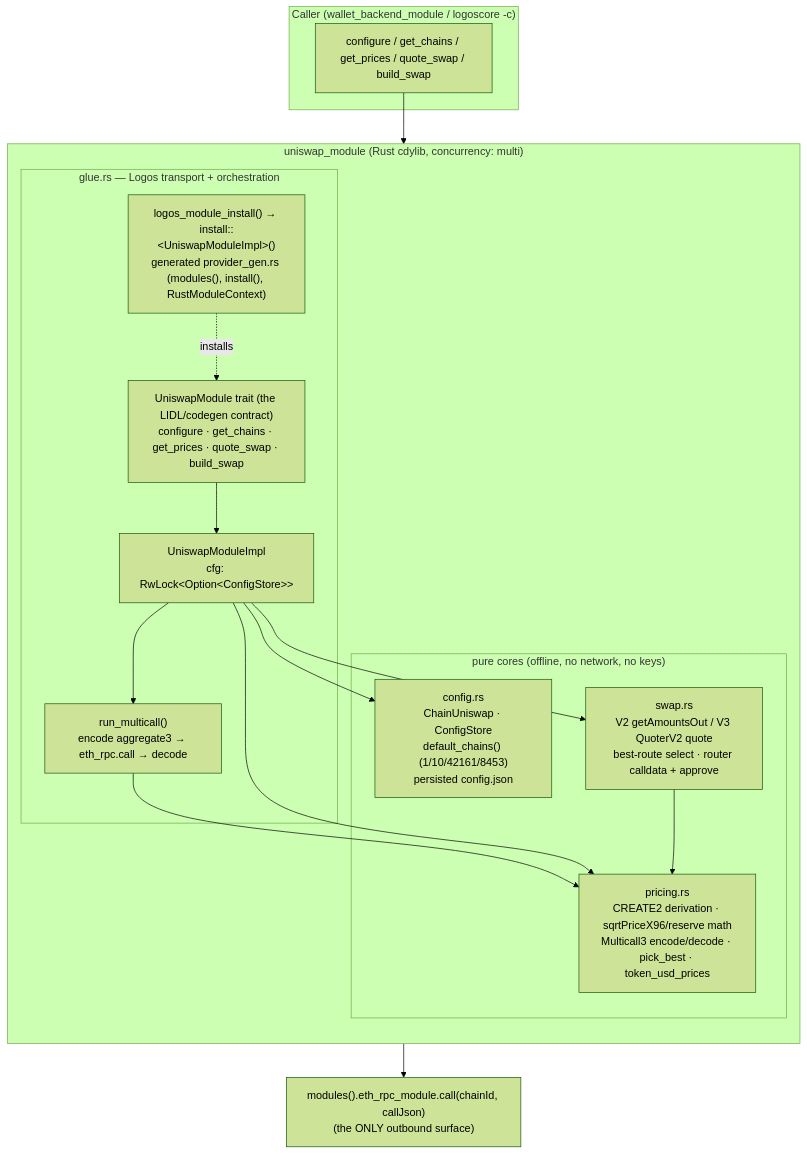
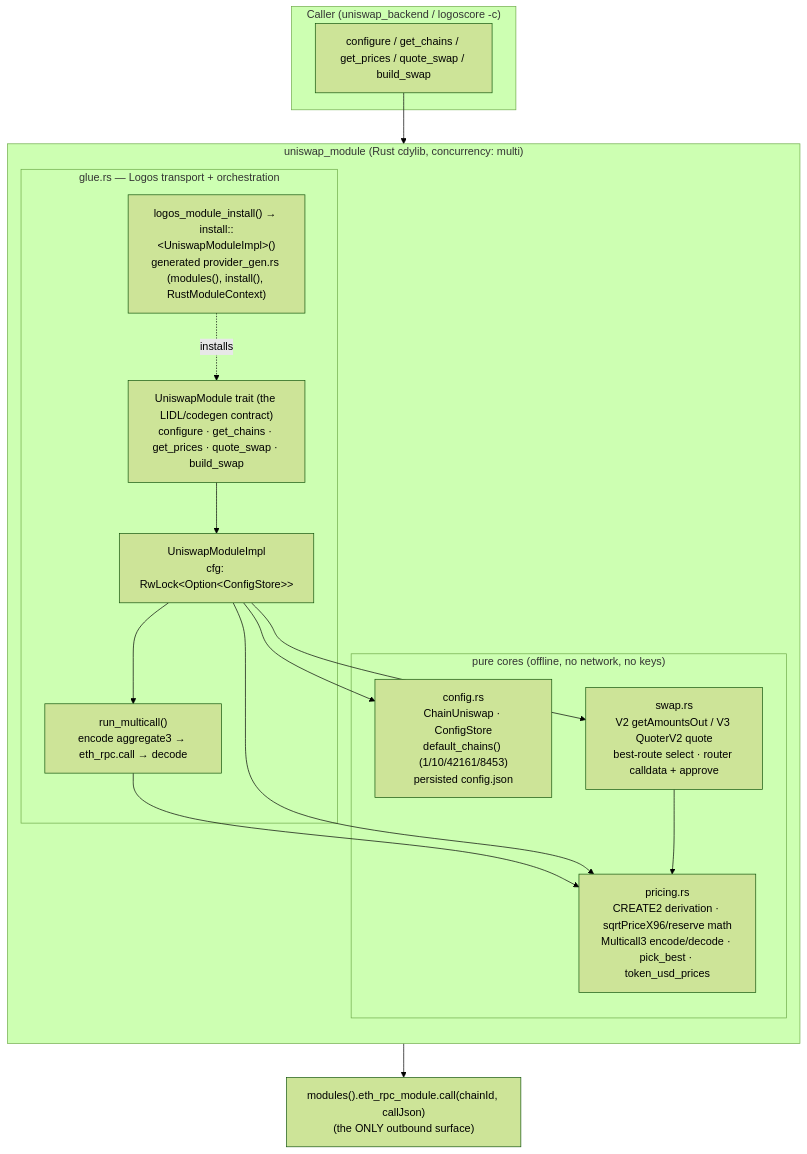
One commit to logos-co/logos-evm-uniswap-module changed the first of 2 diagrams in docs/specs.md. Above: the diagram before and after it, drawn with Mermaid (forest theme). The commit also changed other lines of this file, not shown here.

````diff
--- a/docs/specs.md
+++ b/docs/specs.md
@@ -68,35 +69,35 @@
 ```mermaid
 flowchart TB
-    subgraph consumer["Caller (wallet_backend_module / logoscore -c)"]
+    subgraph consumer["Caller (uniswap_backend / logoscore -c)"]
         C["configure / get_chains / get_prices / quote_swap / build_swap"]
     end
 
     subgraph module["uniswap_module (Rust cdylib, concurrency: multi)"]
         direction TB
 
         subgraph glue["glue.rs — Logos transport + orchestration"]
             TR["UniswapModule trait (the LIDL/codegen contract)\nconfigure · get_chains · get_prices · quote_swap · build_swap"]
             IMPL["UniswapModuleImpl\ncfg: RwLock&lt;Option&lt;ConfigStore&gt;&gt;"]
             RM["run_multicall()\nencode aggregate3 → eth_rpc.call → decode"]
             INST["logos_module_install() → install::&lt;UniswapModuleImpl&gt;()\ngenerated provider_gen.rs (modules(), install(), RustModuleContext)"]
         end
 
         subgraph cores["pure cores (offline, no network, no keys)"]
             CFG["config.rs\nChainUniswap · ConfigStore\ndefault_chains() (1/10/42161/8453)\npersisted config.json"]
             PRI["pricing.rs\nCREATE2 derivation · sqrtPriceX96/reserve math\nMulticall3 encode/decode · pick_best · token_usd_prices"]
             SWP["swap.rs\nV2 getAmountsOut / V3 QuoterV2 quote\nbest-route select · router calldata + approve"]
         end
     end
 
     EXT["modules().eth_rpc_module.call(chainId, callJson)\n(the ONLY outbound surface)"]
 
     C --> TR --> IMPL
     IMPL --> CFG
     IMPL --> RM
     RM --> PRI
     IMPL --> PRI
     IMPL --> SWP
     SWP --> PRI
     RM --> EXT
     INST -.installs.-> TR
 ```
````
